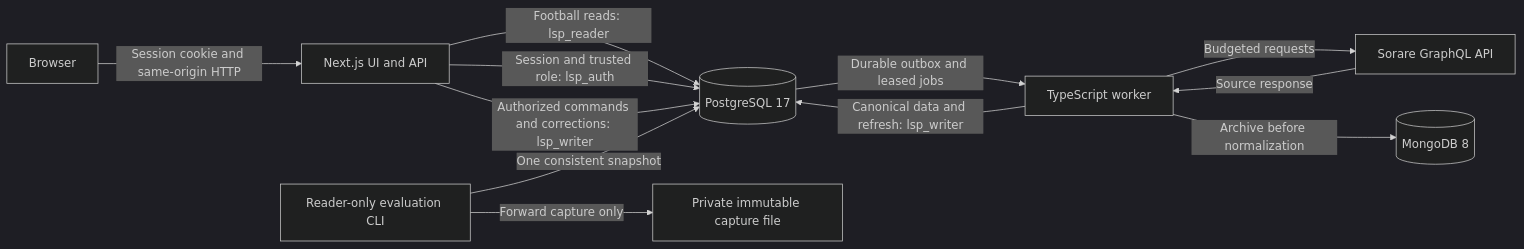
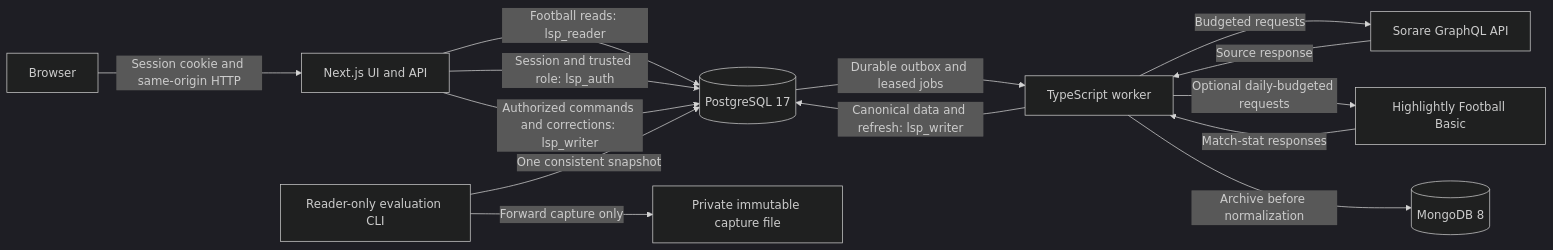
Before and after one commit to DevaOnL/Live-Sports-Prediction: the diagram in docs/architecture.md, drawn with Mermaid (dark theme). The commit also changed other lines of this file and 1 other file, not shown here.

Commit message:
Document supplementary statistics storage and data flow

````diff
--- a/docs/architecture.md
+++ b/docs/architecture.md
@@ -19,14 +21,16 @@
 ```mermaid
 flowchart LR
   Browser[Browser] -->|Session cookie and same-origin HTTP| Web[Next.js UI and API]
   Web -->|Football reads: lsp_reader| PG[(PostgreSQL 17)]
   Web -->|Session and trusted role: lsp_auth| PG
   Web -->|Authorized commands and corrections: lsp_writer| PG
   Worker[TypeScript worker] -->|Budgeted requests| Provider[Sorare GraphQL API]
   Provider -->|Source response| Worker
+  Worker -->|Optional daily-budgeted requests| Supplement[Highlightly Football Basic]
+  Supplement -->|Match-stat responses| Worker
   Worker -->|Archive before normalization| Mongo[(MongoDB 8)]
   Worker -->|Canonical data and refresh: lsp_writer| PG
   PG -->|Durable outbox and leased jobs| Worker
   Measure[Reader-only evaluation CLI] -->|One consistent snapshot| PG
   Measure -->|Forward capture only| Capture[Private immutable capture file]
 ```
````
